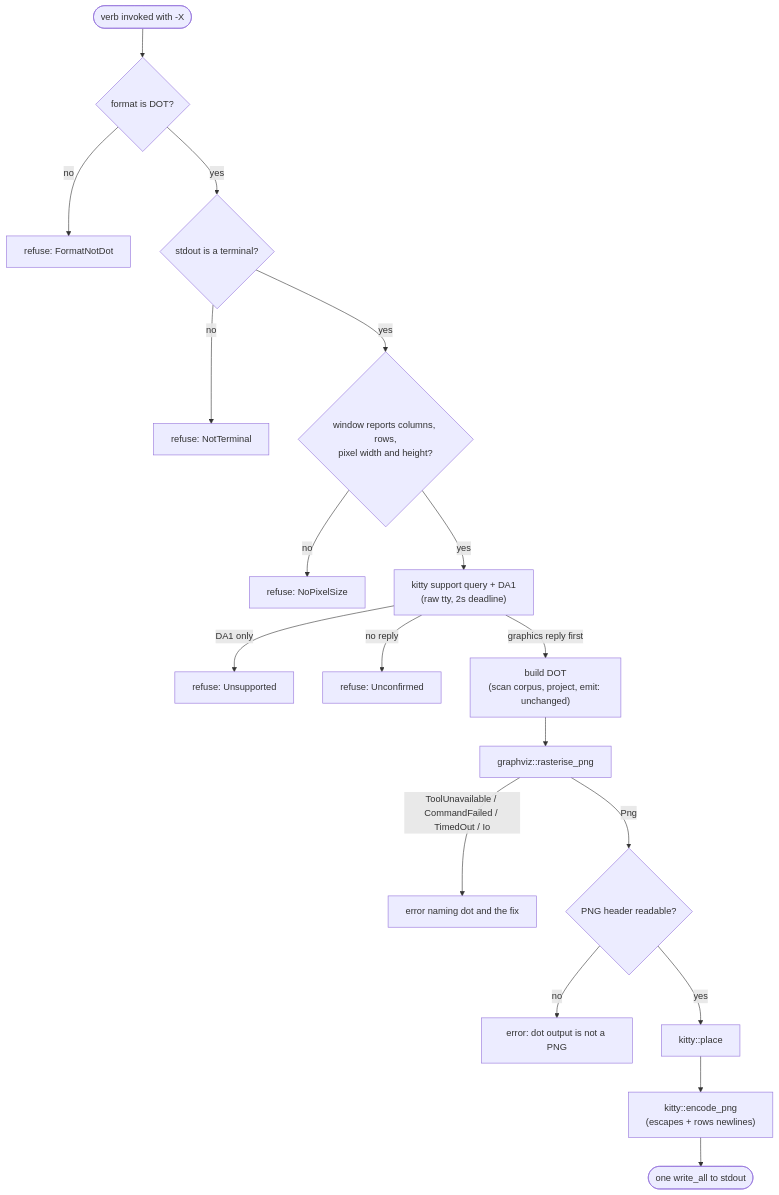
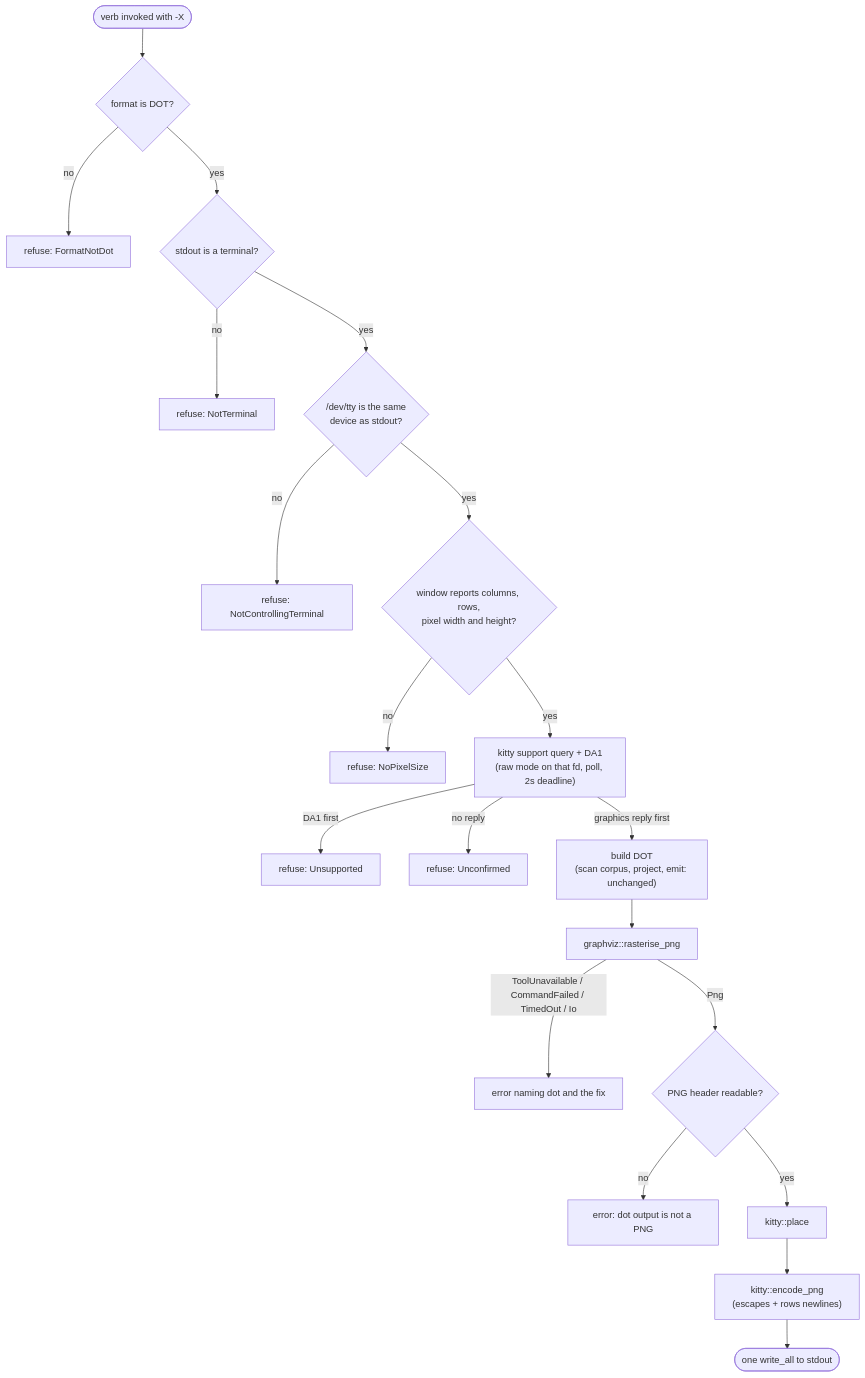
The second of 2 diagrams in .doctrine/slice/245/design.md (davidlee/doctrine), drawn with Mermaid before and after one commit. The commit also changed other lines of this file and 3 other files, not shown here.

````diff
--- a/.doctrine/slice/245/design.md
+++ b/.doctrine/slice/245/design.md
@@ -263,18 +307,20 @@
 ```mermaid
 flowchart TD
   start(["verb invoked with -X"]) --> fmt{"format is DOT?"}
   fmt -- no --> r1["refuse: FormatNotDot"]
   fmt -- yes --> tty{"stdout is a terminal?"}
   tty -- no --> r2["refuse: NotTerminal"]
-  tty -- yes --> px{"window reports columns, rows,<br/>pixel width and height?"}
+  tty -- yes --> ctl{"/dev/tty is the same<br/>device as stdout?"}
+  ctl -- no --> r2b["refuse: NotControllingTerminal"]
+  ctl -- yes --> px{"window reports columns, rows,<br/>pixel width and height?"}
   px -- no --> r3["refuse: NoPixelSize"]
-  px -- yes --> probe["kitty support query + DA1<br/>(raw tty, 2s deadline)"]
-  probe -- "DA1 only" --> r4["refuse: Unsupported"]
+  px -- yes --> probe["kitty support query + DA1<br/>(raw mode on that fd, poll, 2s deadline)"]
+  probe -- "DA1 first" --> r4["refuse: Unsupported"]
   probe -- "no reply" --> r5["refuse: Unconfirmed"]
   probe -- "graphics reply first" --> build["build DOT<br/>(scan corpus, project, emit: unchanged)"]
   build --> spawn["graphviz::rasterise_png"]
   spawn -- "ToolUnavailable / CommandFailed / TimedOut / Io" --> r6["error naming dot and the fix"]
   spawn -- Png --> png{"PNG header readable?"}
   png -- no --> r7["error: dot output is not a PNG"]
   png -- yes --> place["kitty::place"] --> enc["kitty::encode_png<br/>(escapes + rows newlines)"] --> out(["one write_all to stdout"])
 ```
````
